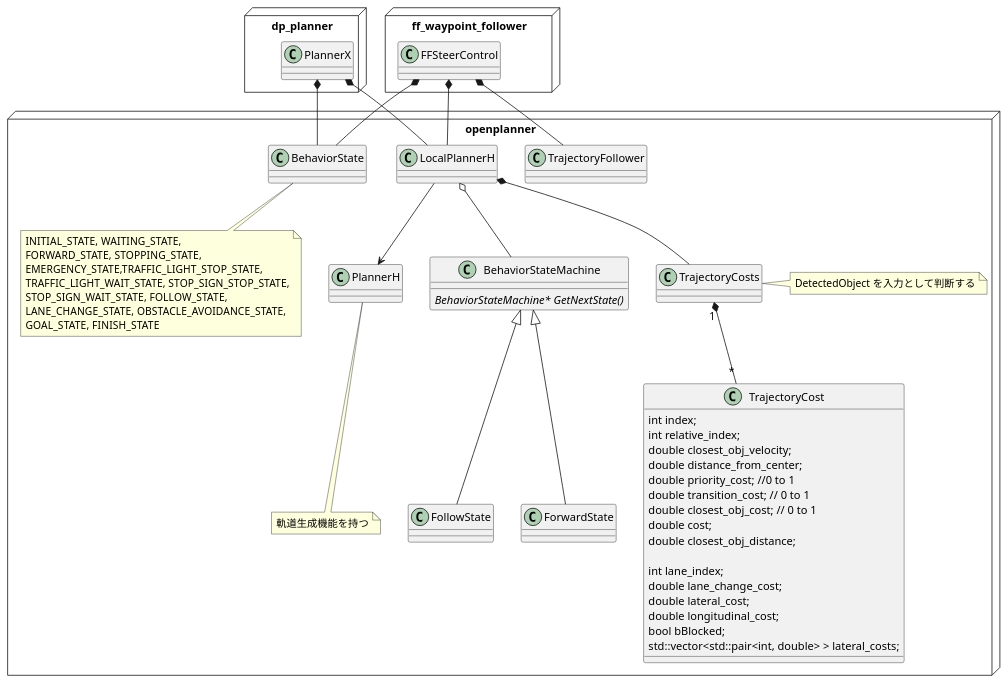
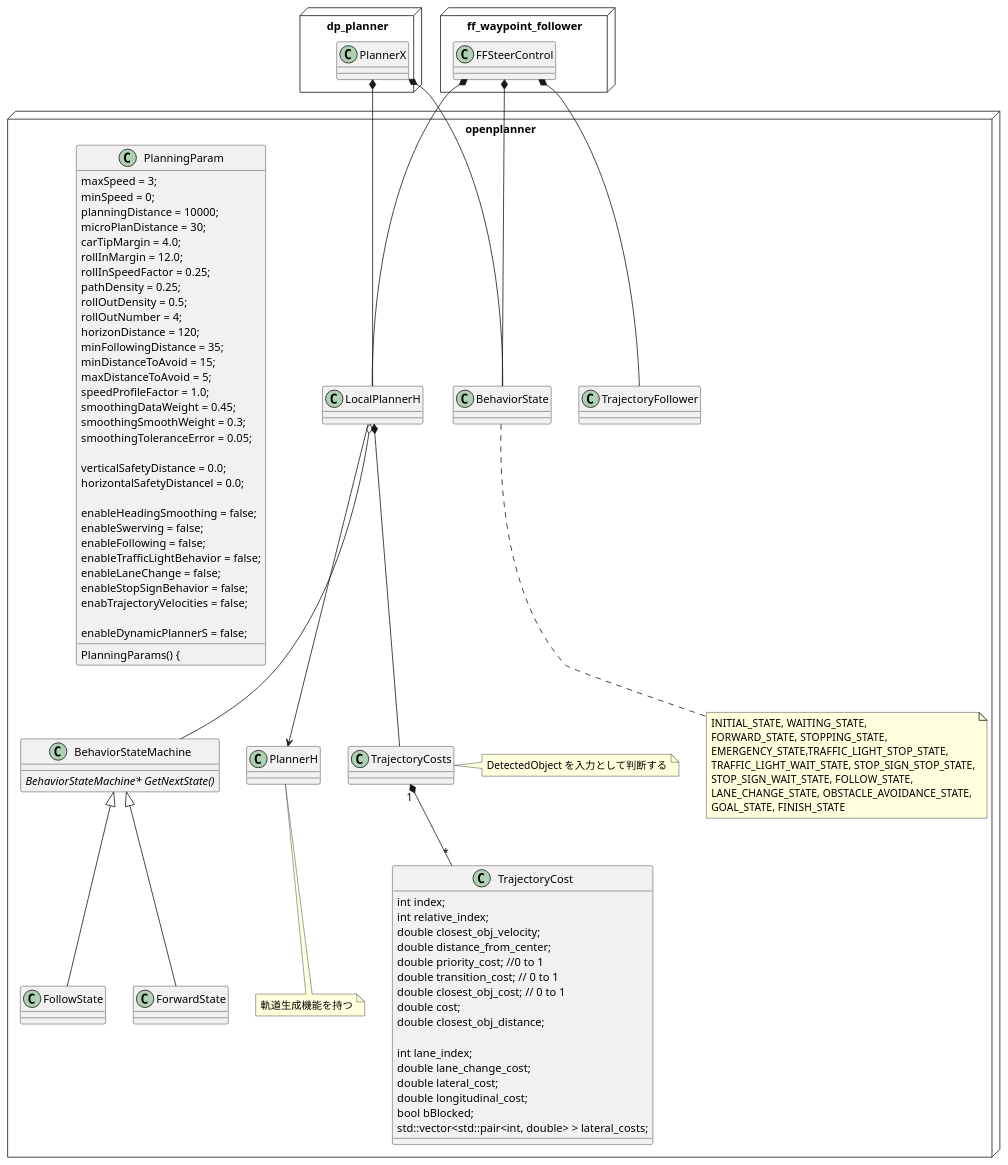
One commit to y-tangent/samples changed the diagram in doc/software/_image/autoware_openplanner.pu. Above: the diagram before and after it, drawn with PlantUML. The commit also changed 4 other files, not shown here.

```diff
--- a/doc/software/_image/autoware_openplanner.pu
+++ b/doc/software/_image/autoware_openplanner.pu
@@ -1,62 +1,96 @@
 @startuml
 
 ' openplanner
 package openplanner <<Node>> {
   class PlannerH
   note bottom : 軌道生成機能を持つ
   class LocalPlannerH
   class BehaviorStateMachine {
     {abstract} BehaviorStateMachine* GetNextState()
   }
   class ForwardState
   class FollowState
   class BehaviorState
   note bottom: INITIAL_STATE, WAITING_STATE,\nFORWARD_STATE, STOPPING_STATE,\nEMERGENCY_STATE,TRAFFIC_LIGHT_STOP_STATE,\nTRAFFIC_LIGHT_WAIT_STATE, STOP_SIGN_STOP_STATE,\nSTOP_SIGN_WAIT_STATE, FOLLOW_STATE,\nLANE_CHANGE_STATE, OBSTACLE_AVOIDANCE_STATE,\nGOAL_STATE, FINISH_STATE
   class TrajectoryCosts
   note right : DetectedObject を入力として判断する
   class TrajectoryCost {
     int index;
     int relative_index;
     double closest_obj_velocity;
     double distance_from_center;
     double priority_cost; //0 to 1
     double transition_cost; // 0 to 1
     double closest_obj_cost; // 0 to 1
     double cost;
     double closest_obj_distance;
 
     int lane_index;
     double lane_change_cost;
     double lateral_cost;
     double longitudinal_cost;
     bool bBlocked;
     std::vector<std::pair<int, double> > lateral_costs;
   }
   class TrajectoryFollower
+  class PlanningParam {
+  PlanningParams() {
+		maxSpeed = 3;
+		minSpeed = 0;
+		planningDistance = 10000;
+		microPlanDistance = 30;
+		carTipMargin = 4.0;
+		rollInMargin = 12.0;
+		rollInSpeedFactor = 0.25;
+		pathDensity = 0.25;
+		rollOutDensity = 0.5;
+		rollOutNumber = 4;
+		horizonDistance = 120;
+		minFollowingDistance = 35;
+		minDistanceToAvoid = 15;
+		maxDistanceToAvoid = 5;
+		speedProfileFactor = 1.0;
+		smoothingDataWeight = 0.45;
+		smoothingSmoothWeight = 0.3;
+		smoothingToleranceError = 0.05;
+
+		verticalSafetyDistance = 0.0;
+		horizontalSafetyDistancel = 0.0;
+
+		enableHeadingSmoothing = false;
+		enableSwerving = false;
+		enableFollowing = false;
+		enableTrafficLightBehavior = false;
+		enableLaneChange = false;
+		enableStopSignBehavior = false;
+		enabTrajectoryVelocities = false;
+
+		enableDynamicPlannerS = false;
+	}
 }
 
 LocalPlannerH o-- BehaviorStateMachine
 LocalPlannerH *-- TrajectoryCosts
 LocalPlannerH --> PlannerH
 BehaviorStateMachine <|-- ForwardState
 BehaviorStateMachine <|-- FollowState
 TrajectoryCosts "1" *-- "*" TrajectoryCost
 
 ' dp_planner
 package dp_planner <<Node>> {
 class PlannerX
 }
 
 PlannerX *-- LocalPlannerH
 PlannerX *-- BehaviorState
 
 ' ff_waypoint_follower
 package ff_waypoint_follower <<Node>> {
   class FFSteerControl
 }
 
 FFSteerControl *-- LocalPlannerH
 FFSteerControl *-- TrajectoryFollower
 FFSteerControl *-- BehaviorState
 
 @enduml
```
